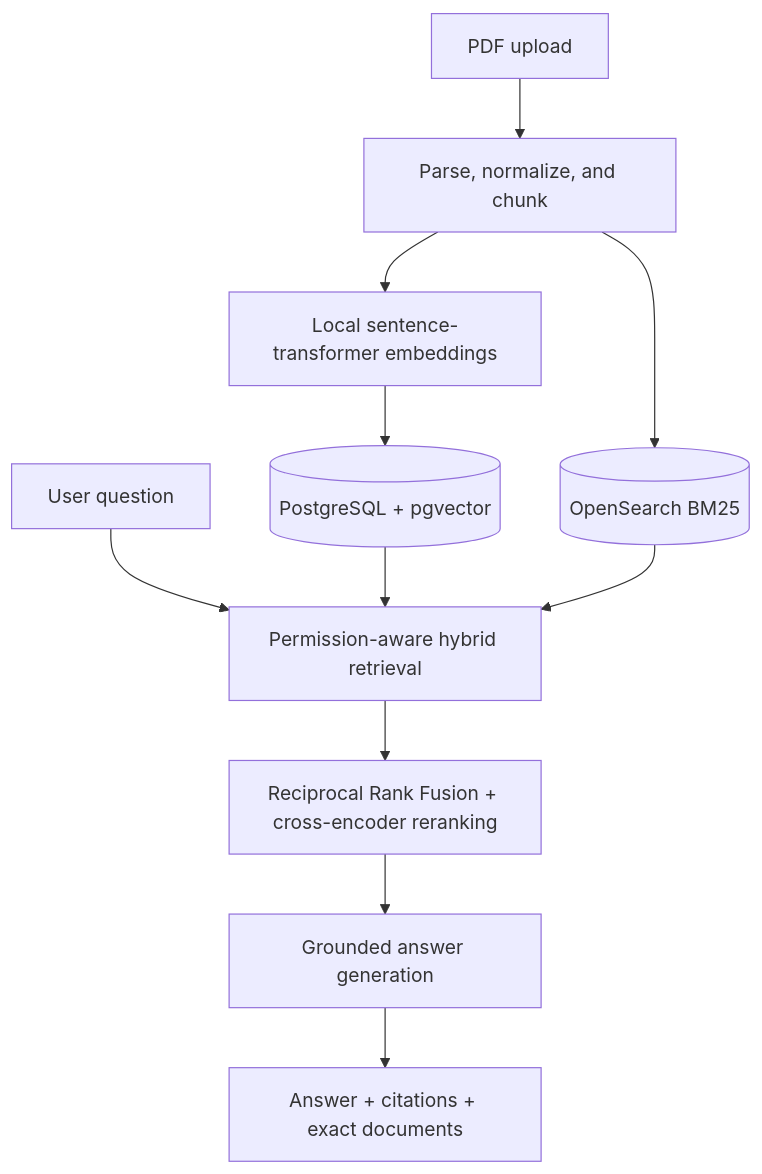
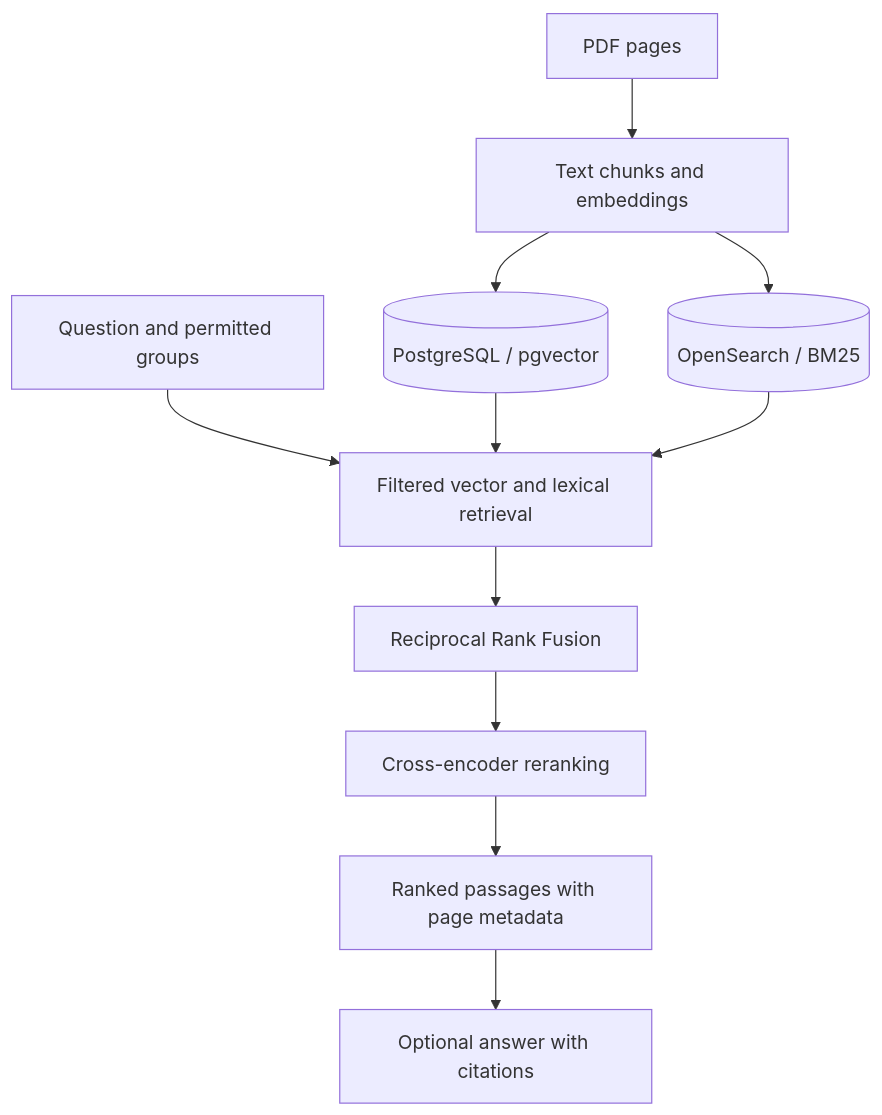
Before and after one commit to Aryamanjmwl/JKUAI: the diagram in README.md, drawn with Mermaid. The commit also changed other lines of this file and 24 other files, not shown here.

````diff
--- a/README.md
+++ b/README.md
@@ -31,13 +90,13 @@
 ```mermaid
 flowchart TD
-    D["PDF upload"] --> P["Parse, normalize, and chunk"]
-    P --> E["Local sentence-transformer embeddings"]
-    E --> PG[("PostgreSQL + pgvector")]
-    P --> OS[("OpenSearch BM25")]
-    Q["User question"] --> H["Permission-aware hybrid retrieval"]
-    PG --> H
-    OS --> H
-    H --> R["Reciprocal Rank Fusion + cross-encoder reranking"]
-    R --> G["Grounded answer generation"]
-    G --> O["Answer + citations + exact documents"]
+    PDF["PDF pages"] --> Chunk["Text chunks and embeddings"]
+    Chunk --> PG[("PostgreSQL / pgvector")]
+    Chunk --> OS[("OpenSearch / BM25")]
+    Q["Question and permitted groups"] --> Retrieve["Filtered vector and lexical retrieval"]
+    PG --> Retrieve
+    OS --> Retrieve
+    Retrieve --> RRF["Reciprocal Rank Fusion"]
+    RRF --> Rank["Cross-encoder reranking"]
+    Rank --> Sources["Ranked passages with page metadata"]
+    Sources --> Answer["Optional answer with citations"]
 ```
````
